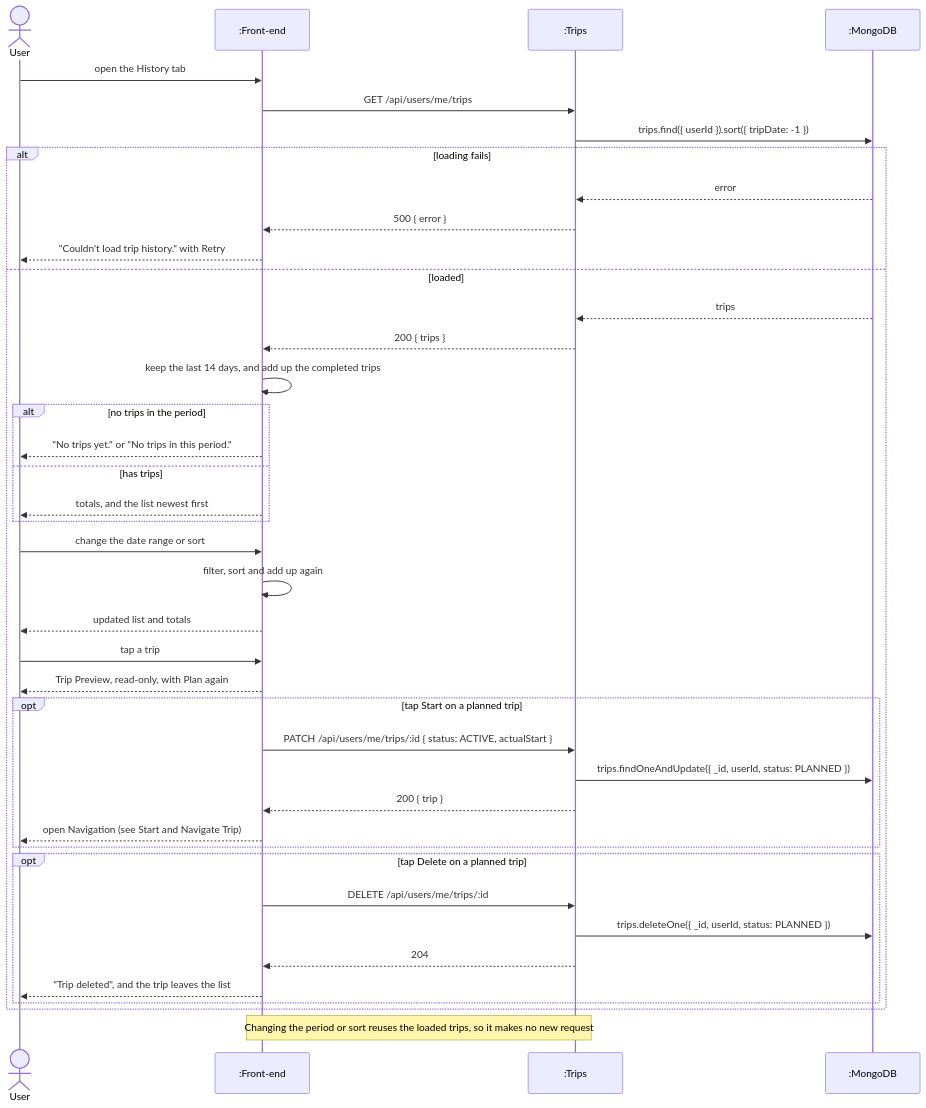
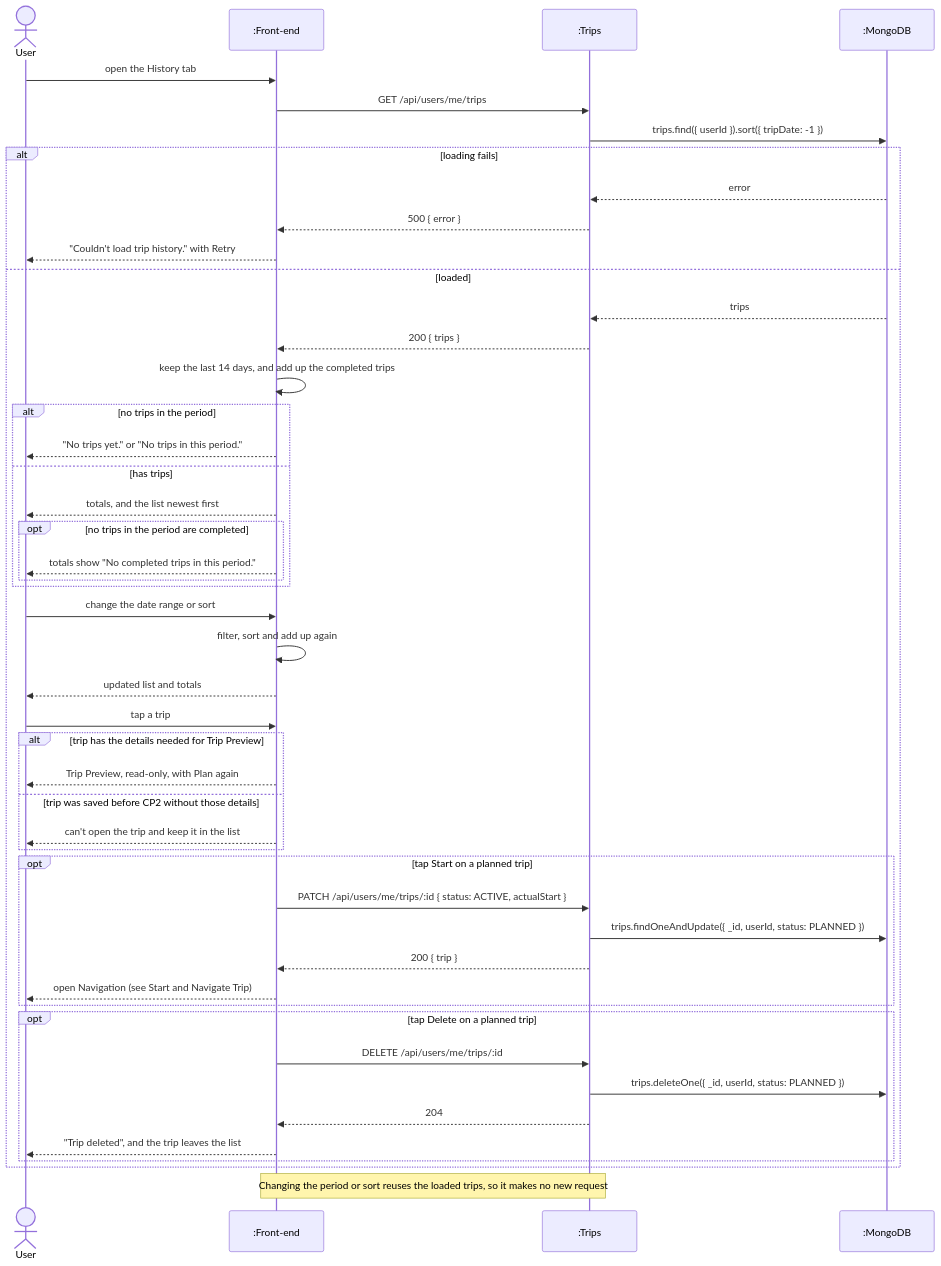
The sixth of 6 diagrams in documentation/Requirements_and_Design.md (adamdeleeuw/trailmix), drawn with Mermaid before and after one commit. The commit also changed other lines of this file, not shown here.

Commit message:
updated sequence diagram to include more failure cases

````diff
--- a/documentation/Requirements_and_Design.md
+++ b/documentation/Requirements_and_Design.md
@@ -650,43 +693,50 @@
 ```mermaid
 sequenceDiagram
     actor User
     participant App as :Front-end
     participant Trips as :Trips
     participant DB as :MongoDB
 
     User->>App: open the History tab
     App->>Trips: GET /api/users/me/trips
     Trips->>DB: trips.find({ userId }).sort({ tripDate: -1 })
     alt loading fails
         DB-->>Trips: error
         Trips-->>App: 500 { error }
         App-->>User: "Couldn't load trip history." with Retry
     else loaded
         DB-->>Trips: trips
         Trips-->>App: 200 { trips }
         App->>App: keep the last 14 days, and add up the completed trips
         alt no trips in the period
             App-->>User: "No trips yet." or "No trips in this period."
         else has trips
             App-->>User: totals, and the list newest first
+            opt no trips in the period are completed
+                App-->>User: totals show "No completed trips in this period."
+            end
         end
         User->>App: change the date range or sort
         App->>App: filter, sort and add up again
         App-->>User: updated list and totals
         User->>App: tap a trip
-        App-->>User: Trip Preview, read-only, with Plan again
+        alt trip has the details needed for Trip Preview
+            App-->>User: Trip Preview, read-only, with Plan again
+        else trip was saved before CP2 without those details
+            App-->>User: can't open the trip and keep it in the list
+        end
         opt tap Start on a planned trip
             App->>Trips: PATCH /api/users/me/trips/:id { status: ACTIVE, actualStart }
             Trips->>DB: trips.findOneAndUpdate({ _id, userId, status: PLANNED })
             Trips-->>App: 200 { trip }
             App-->>User: open Navigation (see Start and Navigate Trip)
         end
         opt tap Delete on a planned trip
             App->>Trips: DELETE /api/users/me/trips/:id
             Trips->>DB: trips.deleteOne({ _id, userId, status: PLANNED })
             Trips-->>App: 204
             App-->>User: "Trip deleted", and the trip leaves the list
         end
     end
     Note over App,Trips: Changing the period or sort reuses the loaded trips, so it makes no new request
 ```
````
